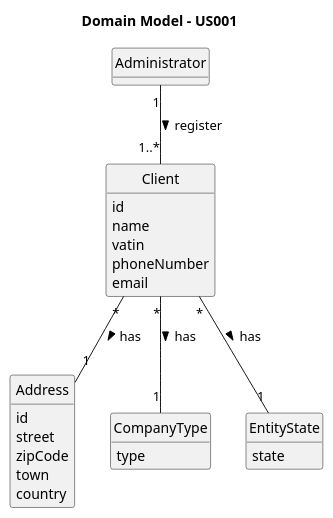
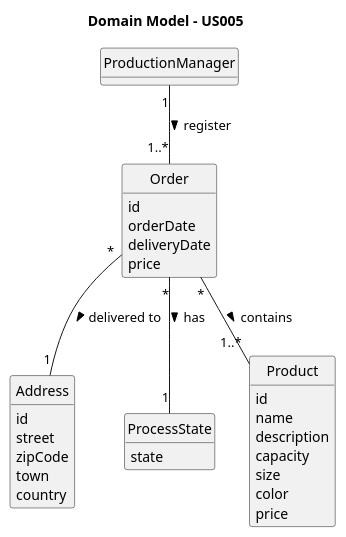
The diagram in documentation/user-stories/us005/02.analysis/puml/us005-domain-model.puml (daniel41silva05/Production_Control_Industrial_ISEP), drawn with PlantUML before and after one commit. The commit also changed 13 other files, not shown here.

```diff
--- a/documentation/user-stories/us005/02.analysis/puml/us005-domain-model.puml
+++ b/documentation/user-stories/us005/02.analysis/puml/us005-domain-model.puml
@@ -1,45 +1,51 @@
 @startuml
 skinparam monochrome true
 skinparam packageStyle rectangle
 skinparam shadowing false
 
 skinparam classAttributeIconSize 0
 
 hide circle
 hide methods
 
-title Domain Model - US001
+title Domain Model - US005
 
-class Administrator {
+class ProductionManager {
 }
 
-class Client {
+class Order {
     id
-    name
-    vatin
-    phoneNumber
-    email
+    orderDate
+    deliveryDate
+    price
 }
 
 class Address {
     id
     street
     zipCode
     town
     country
 }
 
-enum CompanyType {
-    type
-}
-
-enum EntityState {
+enum ProcessState {
     state
 }
 
-Administrator "1" -- "1..*" Client : register >
-Client "*" -- "1" Address : has >
-Client "*" -- "1" CompanyType : has >
-Client "*" -- "1" EntityState : has >
+class Product {
+    id
+    name
+    description
+    capacity
+    size
+    color
+    price
+}
+
+
+ProductionManager "1" -- "1..*" Order : register >
+Order "*" -- "1..*" Product : contains >
+Order "*" -- "1" Address : delivered to >
+Order "*" -- "1" ProcessState : has >
 
 @enduml
```
